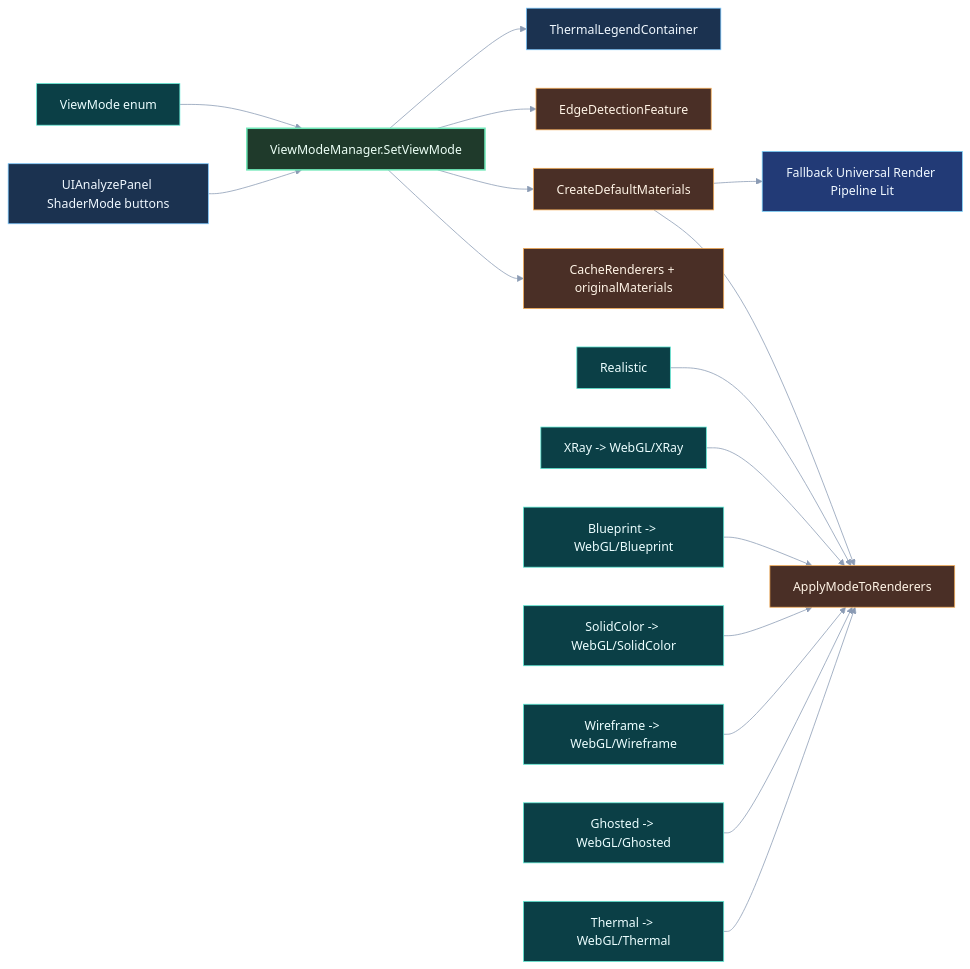
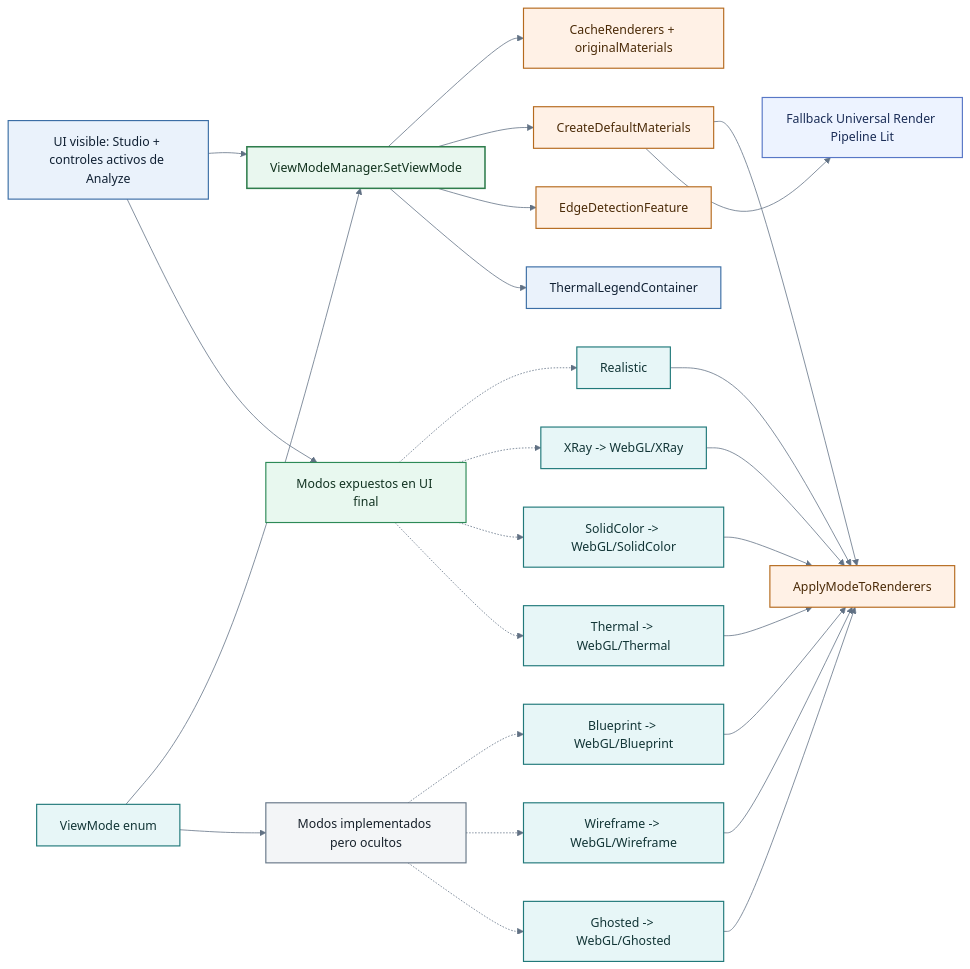
Before and after one commit to delarge95/WebGL-Thesis-Proposal: the diagram in Informe_final/Desarrollo_App/Audits/07_Diagrams_Workflow/rendered/fig_4_5.mmd, drawn with Mermaid. The commit also changed other lines of this file and 53 other files, not shown here.

First line of the commit message:
Checkpoint 2026-04-12: correcciones ortograficas, audits y rerender Mermaid en propuesta/informe

```diff
--- a/Informe_final/Desarrollo_App/Audits/07_Diagrams_Workflow/rendered/fig_4_5.mmd
+++ b/Informe_final/Desarrollo_App/Audits/07_Diagrams_Workflow/rendered/fig_4_5.mmd
@@ -1,63 +1,77 @@
 %%{init: {'theme':'base','themeVariables': {
-  'fontFamily':'system-ui, -apple-system, Segoe UI, sans-serif',
-  'background':'#0b0f17',
-  'primaryColor':'#151b2b',
-  'primaryTextColor':'#e6edf7',
-  'primaryBorderColor':'#7dd3fc',
-  'lineColor':'#8b9bb4',
-  'textColor':'#e6edf7',
-  'edgeLabelBackground':'#0f1724'
+  'fontFamily':'Trebuchet MS, Segoe UI, sans-serif',
+  'background':'#fcfcf8',
+  'primaryColor':'#f5f7fb',
+  'primaryTextColor':'#102033',
+  'primaryBorderColor':'#4a6fa5',
+  'lineColor':'#617184',
+  'textColor':'#102033',
+  'edgeLabelBackground':'#f7f9fc'
 }}}%%
 flowchart LR
-  UI[UIAnalyzePanel ShaderMode buttons]
+  UI["UI visible: Studio + controles activos de Analyze"]
   VMM[ViewModeManager.SetViewMode]
   MODE[ViewMode enum]
   CACHE[CacheRenderers + originalMaterials]
   MAT[CreateDefaultMaterials]
   APPLY[ApplyModeToRenderers]
   EDGE[EdgeDetectionFeature]
   LEGEND[ThermalLegendContainer]
+  PUB[Modos expuestos en UI final]
+  HID[Modos implementados pero ocultos]
 
   M1[Realistic]
   M2[XRay -> WebGL/XRay]
   M3[Blueprint -> WebGL/Blueprint]
   M4[SolidColor -> WebGL/SolidColor]
   M5[Wireframe -> WebGL/Wireframe]
   M6[Ghosted -> WebGL/Ghosted]
   M7[Thermal -> WebGL/Thermal]
   FB[Fallback Universal Render Pipeline Lit]
 
   UI --> VMM
   MODE --> VMM
+  UI --> PUB
+  MODE --> HID
   VMM --> CACHE
   VMM --> MAT
   MAT --> APPLY
+
+  PUB -.-> M1
+  PUB -.-> M2
+  PUB -.-> M4
+  PUB -.-> M7
+  HID -.-> M3
+  HID -.-> M5
+  HID -.-> M6
 
   M1 --> APPLY
   M2 --> APPLY
   M3 --> APPLY
   M4 --> APPLY
   M5 --> APPLY
   M6 --> APPLY
   M7 --> APPLY
 
   MAT --> FB
   VMM --> EDGE
   VMM --> LEGEND
 
-  classDef ui fill:#1b3250,stroke:#7cc8ff,color:#f0f8ff,stroke-width:1px;
-  classDef orch fill:#1f3a2b,stroke:#6ee7b7,color:#ecfff6,stroke-width:2px;
-  classDef svc fill:#4a2f26,stroke:#f6ad55,color:#fff4e6,stroke-width:1px;
-  classDef data fill:#2f2a44,stroke:#c4b5fd,color:#f5f3ff,stroke-width:1px;
-  classDef event fill:#3d2348,stroke:#e879f9,color:#fdf4ff,stroke-width:1px;
-  classDef state fill:#0b3f46,stroke:#5eead4,color:#ecfeff,stroke-width:1px;
-  classDef risk fill:#5a1c1c,stroke:#f87171,color:#fff1f2,stroke-width:2px;
-  classDef mitigation fill:#223a76,stroke:#7dd3fc,color:#f0f8ff,stroke-width:1px;
-  classDef result fill:#145f54,stroke:#34d399,color:#ecfdf5,stroke-width:1px;
-  classDef neutral fill:#2b3140,stroke:#8b9bb4,color:#e6edf7,stroke-width:1px;
+  classDef ui fill:#eaf2fb,stroke:#3b6ea5,color:#102033,stroke-width:1.5px;
+  classDef orch fill:#e9f7ef,stroke:#2f7d4c,color:#10311c,stroke-width:2px;
+  classDef svc fill:#fff1e6,stroke:#b56a1e,color:#4b2b08,stroke-width:1.5px;
+  classDef data fill:#f2ecfb,stroke:#7a59b5,color:#281642,stroke-width:1.5px;
+  classDef event fill:#f7e9fa,stroke:#a44fb3,color:#45154a,stroke-width:1.5px;
+  classDef state fill:#e7f6f7,stroke:#21797a,color:#123536,stroke-width:1.5px;
+  classDef risk fill:#fdeaea,stroke:#c23b3b,color:#5a1515,stroke-width:2px;
+  classDef mitigation fill:#edf3ff,stroke:#5877c6,color:#1b2d57,stroke-width:1.5px;
+  classDef result fill:#e8f8ef,stroke:#2d8a57,color:#123322,stroke-width:1.5px;
+  classDef neutral fill:#f3f5f7,stroke:#677788,color:#17212b,stroke-width:1.5px;
 
   class UI,LEGEND ui;
   class VMM orch;
   class MODE,M1,M2,M3,M4,M5,M6,M7 state;
   class CACHE,MAT,APPLY,EDGE svc;
+  class PUB result;
+  class HID neutral;
   class FB mitigation;
```
